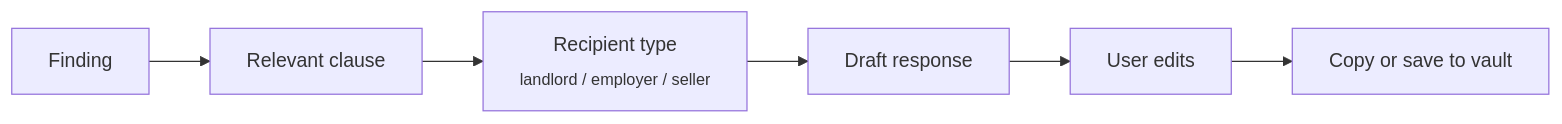
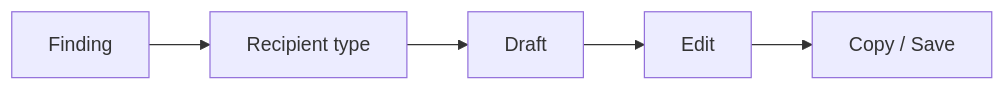
One commit to KodeMeister-YT/CivicShield changed the tenth of 12 diagrams in README.md. Above: the diagram before and after it, drawn with Mermaid. The commit also changed other lines of this file, not shown here.

Commit message:
docs: trim README prose, keep all diagrams and data

````diff
--- a/README.md
+++ b/README.md
@@ -314,8 +189,4 @@
 ```mermaid
 flowchart LR
-    F[Finding] --> C[Relevant clause]
-    C --> R[Recipient type<br/><sub>landlord / employer / seller</sub>]
-    R --> DR[Draft response]
-    DR --> E[User edits]
-    E --> CS[Copy or save to vault]
+    F[Finding] --> R[Recipient type] --> DR[Draft] --> E[Edit] --> CS[Copy / Save]
 ```
````
